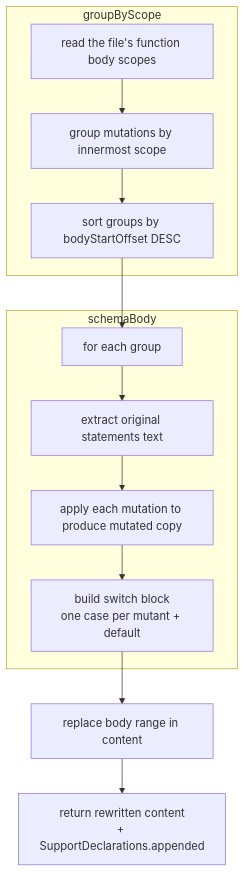
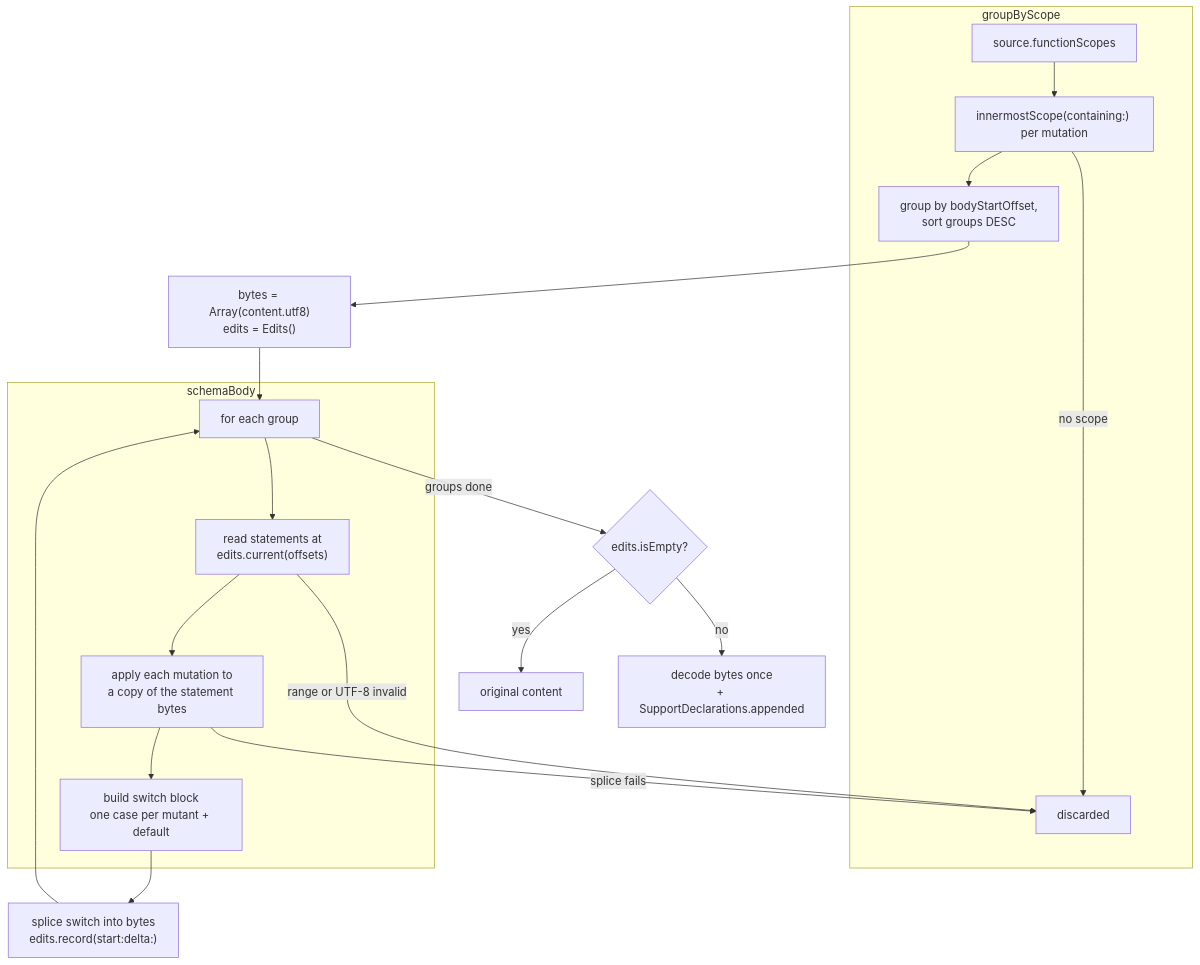
The diagram in Docs/CodeBase/05-schematization.md (ericodx/swift-mutation-testing), drawn with Mermaid before and after one commit. The commit also changed other lines of this file and 2 other files, not shown here.

Commit message:
docs: bring the CodeBase pages for schematization, sandbox build and execution in line with the sources and fix their diagrams

````diff
--- a/Docs/CodeBase/05-schematization.md
+++ b/Docs/CodeBase/05-schematization.md
@@ -37,15 +32,22 @@
 ```mermaid
 flowchart TD
     subgraph groupByScope
-        A[read the file's function body scopes] --> B[group mutations by innermost scope]
-        B --> C[sort groups by bodyStartOffset DESC]
+        A["source.functionScopes"] --> B["innermostScope(containing:) per mutation"]
+        B -- no scope --> DISC["discarded"]
+        B --> C["group by bodyStartOffset,<br>sort groups DESC"]
     end
-    C --> D[for each group]
+    C --> BYTES["bytes = Array(content.utf8)<br>edits = Edits()"]
+    BYTES --> D["for each group"]
     subgraph schemaBody
-        D --> E[extract original statements text]
-        E --> F[apply each mutation to produce mutated copy]
-        F --> G[build switch block\none case per mutant + default]
+        D --> E["read statements at<br>edits.current(offsets)"]
+        E --> F["apply each mutation to<br>a copy of the statement bytes"]
+        F --> G["build switch block<br>one case per mutant + default"]
     end
-    G --> H[replace body range in content]
-    H --> I[return rewritten content\n+ SupportDeclarations.appended]
+    E -- range or UTF-8 invalid --> DISC
+    F -- splice fails --> DISC
+    G --> H["splice switch into bytes<br>edits.record(start:delta:)"]
+    H --> D
+    D -- groups done --> EMPTY{"edits.isEmpty?"}
+    EMPTY -- yes --> ORIG["original content"]
+    EMPTY -- no --> I["decode bytes once<br>+ SupportDeclarations.appended"]
 ```
````
